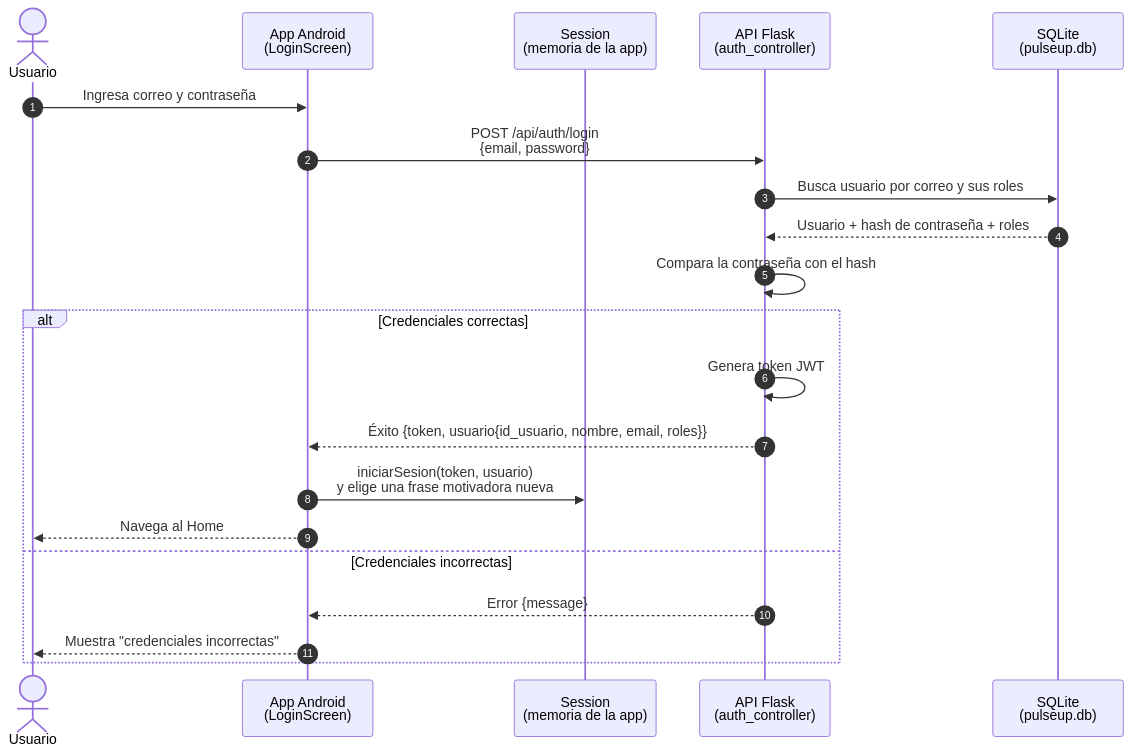
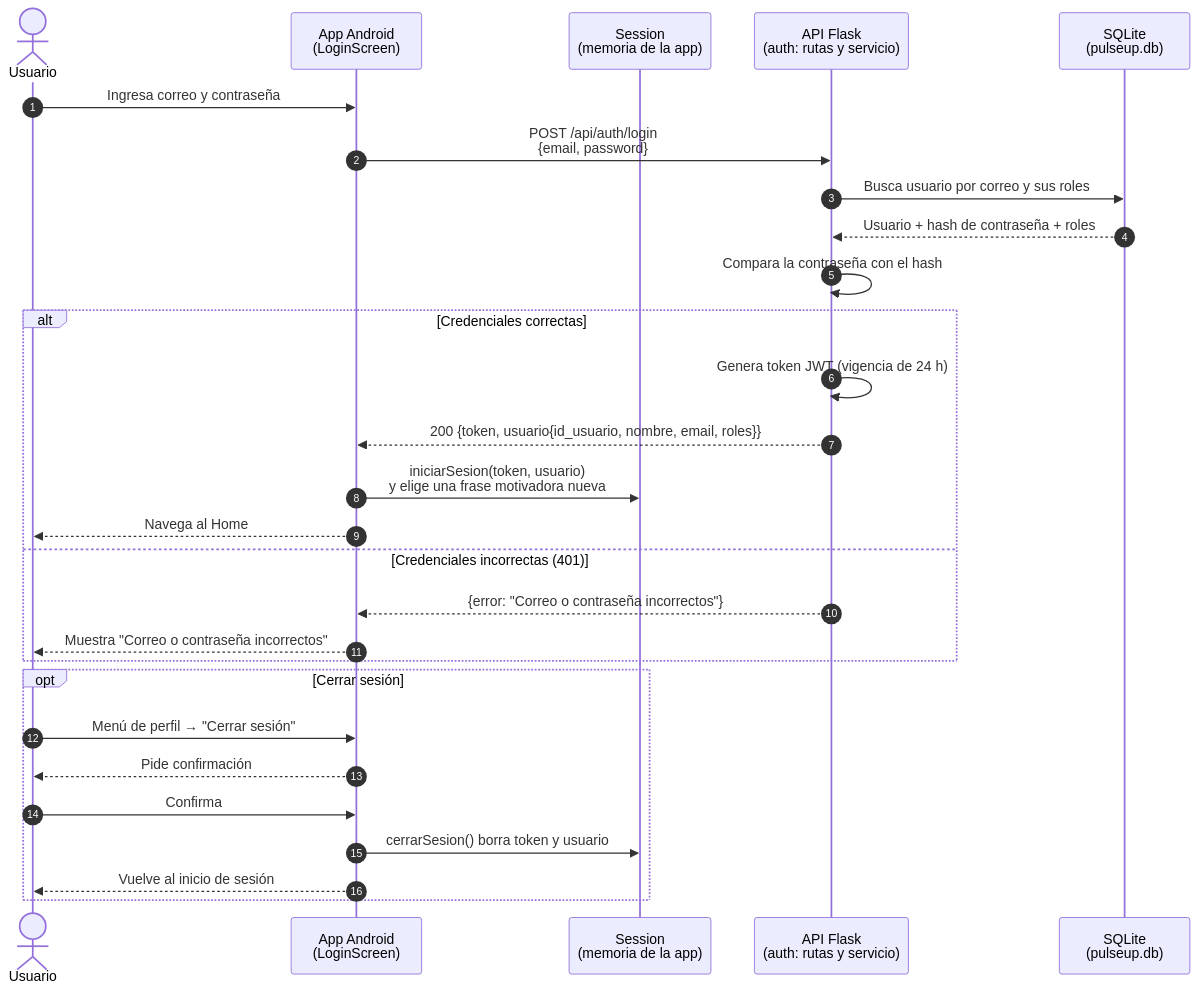
Before and after one commit to tihago1998/pulse_up_backend: the diagram in docs/diagrams/secuencia/SEQ-02-inicio-sesion.mmd, drawn with Mermaid. The commit also changed 55 other files, not shown here.

Commit message:
docs: agrega diagramas vigentes y mueve los de hábitos a historico

```diff
--- a/docs/diagrams/secuencia/SEQ-02-inicio-sesion.mmd
+++ b/docs/diagrams/secuencia/SEQ-02-inicio-sesion.mmd
@@ -1,22 +1,30 @@
 sequenceDiagram
     autonumber
     actor U as Usuario
     participant A as App Android<br/>(LoginScreen)
     participant S as Session<br/>(memoria de la app)
-    participant API as API Flask<br/>(auth_controller)
+    participant API as API Flask<br/>(auth: rutas y servicio)
     participant DB as SQLite<br/>(pulseup.db)
 
     U->>A: Ingresa correo y contraseña
     A->>API: POST /api/auth/login<br/>{email, password}
     API->>DB: Busca usuario por correo y sus roles
     DB-->>API: Usuario + hash de contraseña + roles
     API->>API: Compara la contraseña con el hash
     alt Credenciales correctas
-        API->>API: Genera token JWT
-        API-->>A: Éxito {token, usuario{id_usuario, nombre, email, roles}}
+        API->>API: Genera token JWT (vigencia de 24 h)
+        API-->>A: 200 {token, usuario{id_usuario, nombre, email, roles}}
         A->>S: iniciarSesion(token, usuario)<br/>y elige una frase motivadora nueva
         A-->>U: Navega al Home
-    else Credenciales incorrectas
-        API-->>A: Error {message}
-        A-->>U: Muestra "credenciales incorrectas"
+    else Credenciales incorrectas (401)
+        API-->>A: {error: "Correo o contraseña incorrectos"}
+        A-->>U: Muestra "Correo o contraseña incorrectos"
     end
+
+    opt Cerrar sesión
+        U->>A: Menú de perfil → "Cerrar sesión"
+        A-->>U: Pide confirmación
+        U->>A: Confirma
+        A->>S: cerrarSesion() borra token y usuario
+        A-->>U: Vuelve al inicio de sesión
+    end
```
